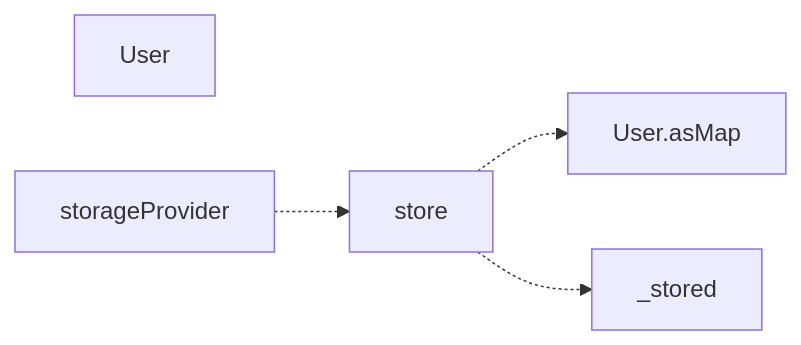
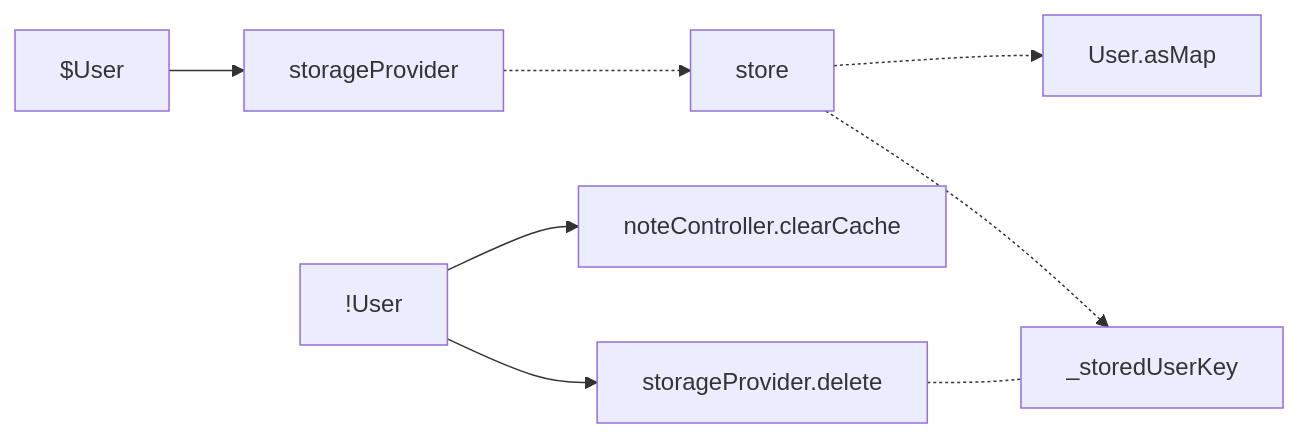
Diagram 14 of 14 in newage/astro.md (gordianknotC/nxp_note), drawn with Mermaid before and after one commit. The commit also changed other lines of this file, not shown here.

Commit message:
newage/astro.md updated from https://stackedit.io/

````diff
--- a/newage/astro.md
+++ b/newage/astro.md
@@ -236,9 +236,11 @@
 ```mermaid
 graph LR
-User
+
 storageProvider -.-> store
 store -.-> User.asMap
-store -.-> _stored
-
-
+store -.-> _storedUserKey
+$User --> storageProvider
+!User --> noteController.clearCache
+!User --> storageProvider.delete
+storageProvider.delete -.- _storedUserKey
 ```
````
